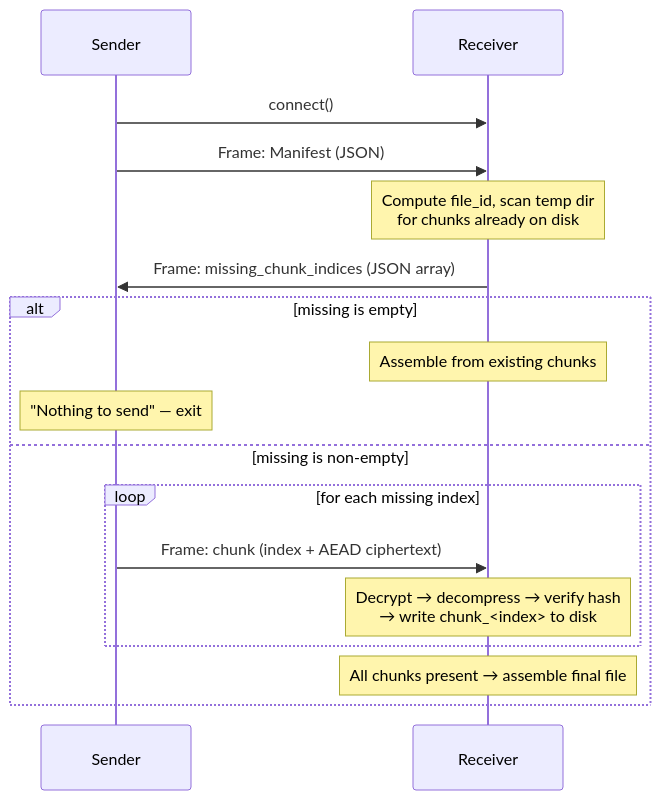
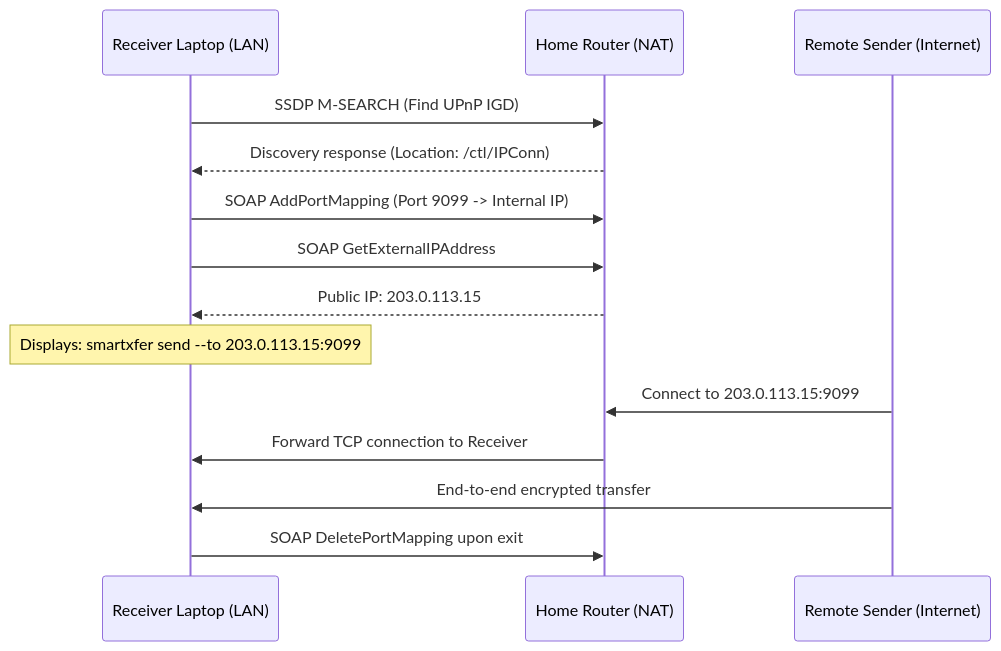
One commit to Sonalhegde/durasend changed the fourth of 6 diagrams in README.md. Above: the diagram before and after it, drawn with Mermaid. The commit also changed other lines of this file, not shown here.

Commit message:
docs: enrich README.md with comprehensive flowcharts, network topologies, wire protocol specs, and instruction guides

````diff
--- a/README.md
+++ b/README.md
@@ -175,20 +159,17 @@
 ```mermaid
 sequenceDiagram
-    participant S as Sender
-    participant R as Receiver
+    participant R as Receiver Laptop (LAN)
+    participant Router as Home Router (NAT)
+    participant S as Remote Sender (Internet)
 
-    S->>R: connect()
-    S->>R: Frame: Manifest (JSON)
-    Note over R: Compute file_id, scan temp dir<br/>for chunks already on disk
-    R->>S: Frame: missing_chunk_indices (JSON array)
-    alt missing is empty
-        Note over R: Assemble from existing chunks
-        Note over S: "Nothing to send" — exit
-    else missing is non-empty
-        loop for each missing index
-            S->>R: Frame: chunk (index + AEAD ciphertext)
-            Note over R: Decrypt → decompress → verify hash<br/>→ write chunk_<index> to disk
-        end
-        Note over R: All chunks present → assemble final file
-    end
+    R->>Router: SSDP M-SEARCH (Find UPnP IGD)
+    Router-->>R: Discovery response (Location: /ctl/IPConn)
+    R->>Router: SOAP AddPortMapping (Port 9099 -> Internal IP)
+    R->>Router: SOAP GetExternalIPAddress
+    Router-->>R: Public IP: 203.0.113.15
+    Note over R: Displays: smartxfer send --to 203.0.113.15:9099
+    S->>Router: Connect to 203.0.113.15:9099
+    Router->>R: Forward TCP connection to Receiver
+    S->>R: End-to-end encrypted transfer
+    R->>Router: SOAP DeletePortMapping upon exit
 ```
````
